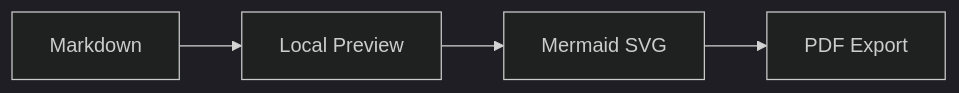
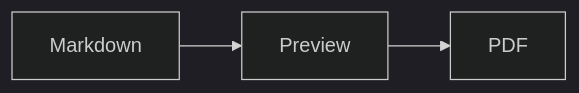
One commit to kino-6/vscode-markdown-studio changed the first of 2 diagrams in scripts/demo/marketplace-demo.md. Above: the diagram before and after it, drawn with Mermaid (dark theme). The commit also changed other lines of this file and 2 other files, not shown here.

````diff
--- a/scripts/demo/marketplace-demo.md
+++ b/scripts/demo/marketplace-demo.md
@@ -15,6 +15,5 @@
 ```mermaid
 flowchart LR
-  A[Markdown] --> B[Local Preview]
-  B --> C[Mermaid SVG]
-  C --> D[PDF Export]
+  Markdown --> Preview
+  Preview --> PDF
 ```
````
